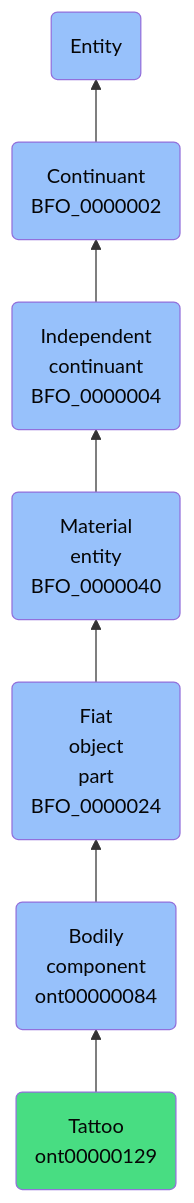
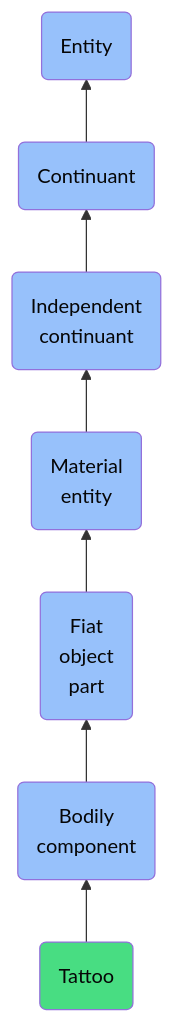
Before and after one commit to jupyter-naas/abi: the diagram in docs/ontology/reference/model/Entity/Continuant/Independent continuant/Material entity/Fiat object part/Bodily component/Tattoo/Tattoo.md, drawn with Mermaid. The commit also changed other lines of this file and 1430 other files, not shown here.

````diff
--- a/docs/ontology/reference/model/Entity/Continuant/Independent continuant/Material entity/Fiat object part/Bodily component/Tattoo/Tattoo.md
+++ b/docs/ontology/reference/model/Entity/Continuant/Independent continuant/Material entity/Fiat object part/Bodily component/Tattoo/Tattoo.md
@@ -24,14 +24,14 @@
 ```mermaid
 graph BT
-    ont00000129(Tattoo<br>ont00000129):::ABI-->ont00000084
-    ont00000084(Bodily<br>component<br>ont00000084):::BFO-->BFO_0000024
-    BFO_0000024(Fiat<br>object<br>part<br>BFO_0000024):::BFO-->BFO_0000040
-    BFO_0000040(Material<br>entity<br>BFO_0000040):::BFO-->BFO_0000004
-    BFO_0000004(Independent<br>continuant<br>BFO_0000004):::BFO-->BFO_0000002
-    BFO_0000002(Continuant<br>BFO_0000002):::BFO-->BFO_0000001
+    ont00000129(Tattoo):::ABI-->ont00000084
+    ont00000084(Bodily<br>component):::BFO-->BFO_0000024
+    BFO_0000024(Fiat<br>object<br>part):::BFO-->BFO_0000040
+    BFO_0000040(Material<br>entity):::BFO-->BFO_0000004
+    BFO_0000004(Independent<br>continuant):::BFO-->BFO_0000002
+    BFO_0000002(Continuant):::BFO-->BFO_0000001
     BFO_0000001(Entity):::BFO
     
     classDef BFO fill:#97c1fb,color:#060606
     classDef CCO fill:#e4c51e,color:#060606
     classDef ABI fill:#48DD82,color:#060606
 ```
````
